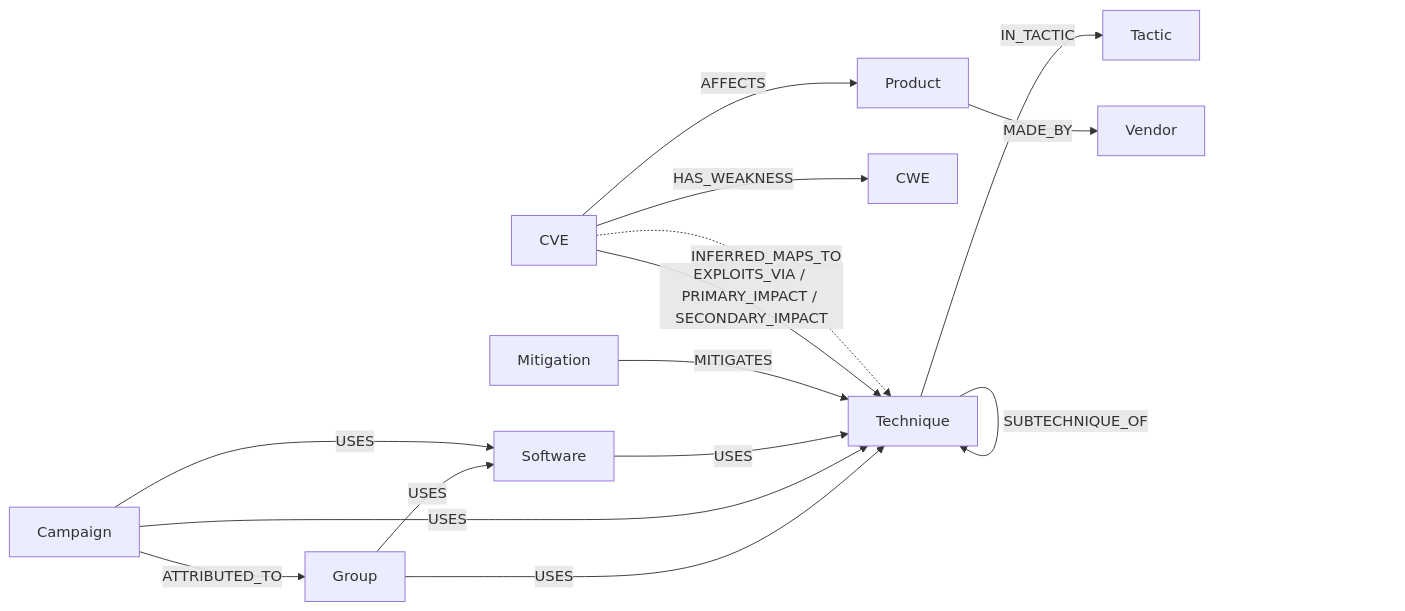
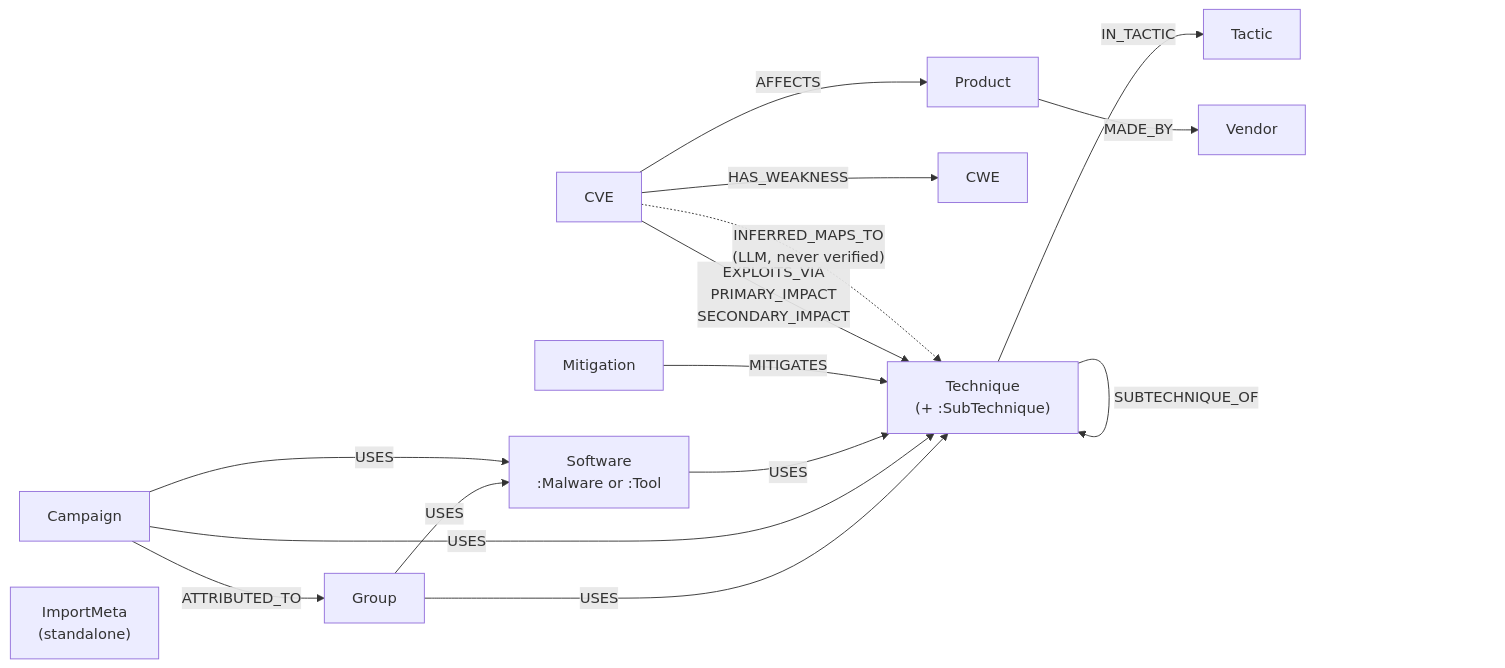
The diagram in docs/modeling_rationale.md (GabDestal/NetRank), drawn with Mermaid before and after one commit. The commit also changed other lines of this file, not shown here.

````diff
--- a/docs/modeling_rationale.md
+++ b/docs/modeling_rationale.md
@@ -284,17 +286,18 @@
 ```mermaid
 graph LR
   Group -->|USES| Technique
-  Group -->|USES| Software
+  Group -->|USES| Software["Software<br/>:Malware or :Tool"]
   Campaign -->|USES| Technique
   Campaign -->|USES| Software
   Campaign -->|ATTRIBUTED_TO| Group
   Software -->|USES| Technique
   Mitigation -->|MITIGATES| Technique
-  Technique -->|SUBTECHNIQUE_OF| Technique
+  Technique["Technique<br/>(+ :SubTechnique)"] -->|SUBTECHNIQUE_OF| Technique
   Technique -->|IN_TACTIC| Tactic
-  CVE -->|EXPLOITS_VIA / PRIMARY_IMPACT / SECONDARY_IMPACT| Technique
-  CVE -.->|INFERRED_MAPS_TO| Technique
+  CVE -->|"EXPLOITS_VIA<br/>PRIMARY_IMPACT<br/>SECONDARY_IMPACT"| Technique
+  CVE -.->|"INFERRED_MAPS_TO<br/>(LLM, never verified)"| Technique
   CVE -->|HAS_WEAKNESS| CWE
   CVE -->|AFFECTS| Product
   Product -->|MADE_BY| Vendor
+  ImportMeta["ImportMeta<br/>(standalone)"]
 ```
````
